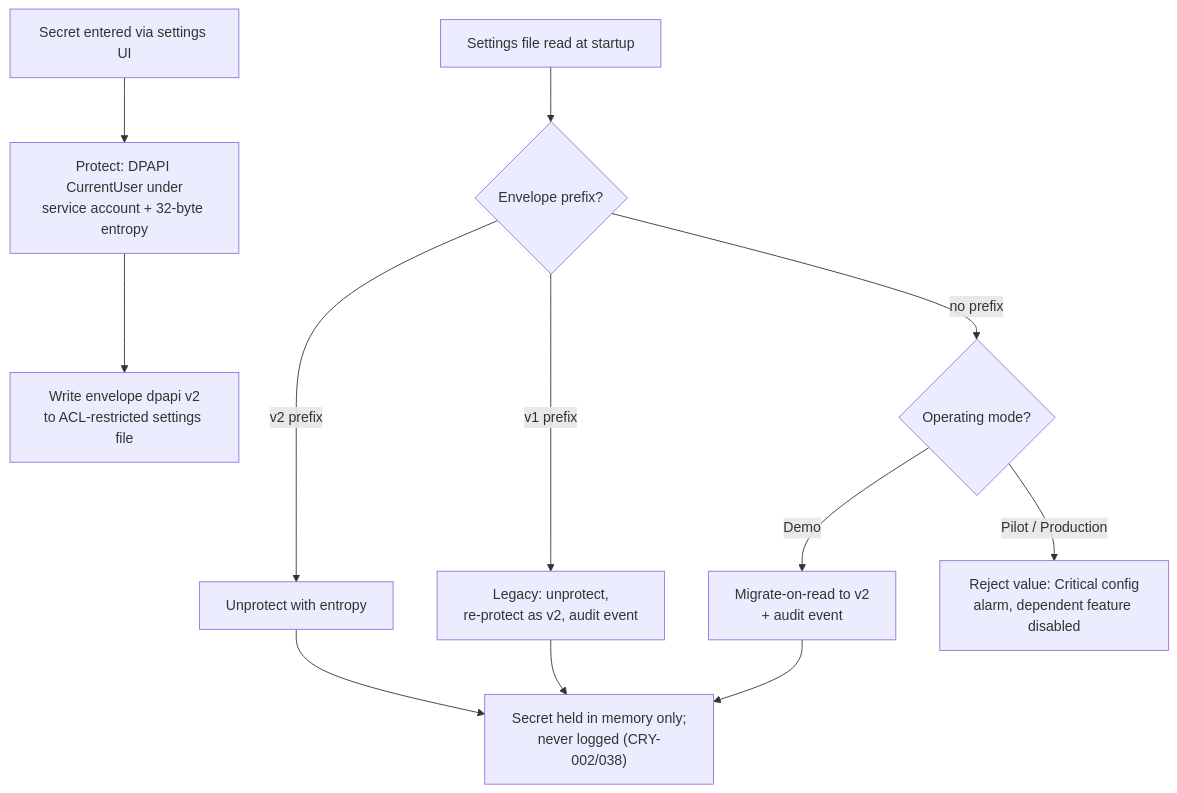
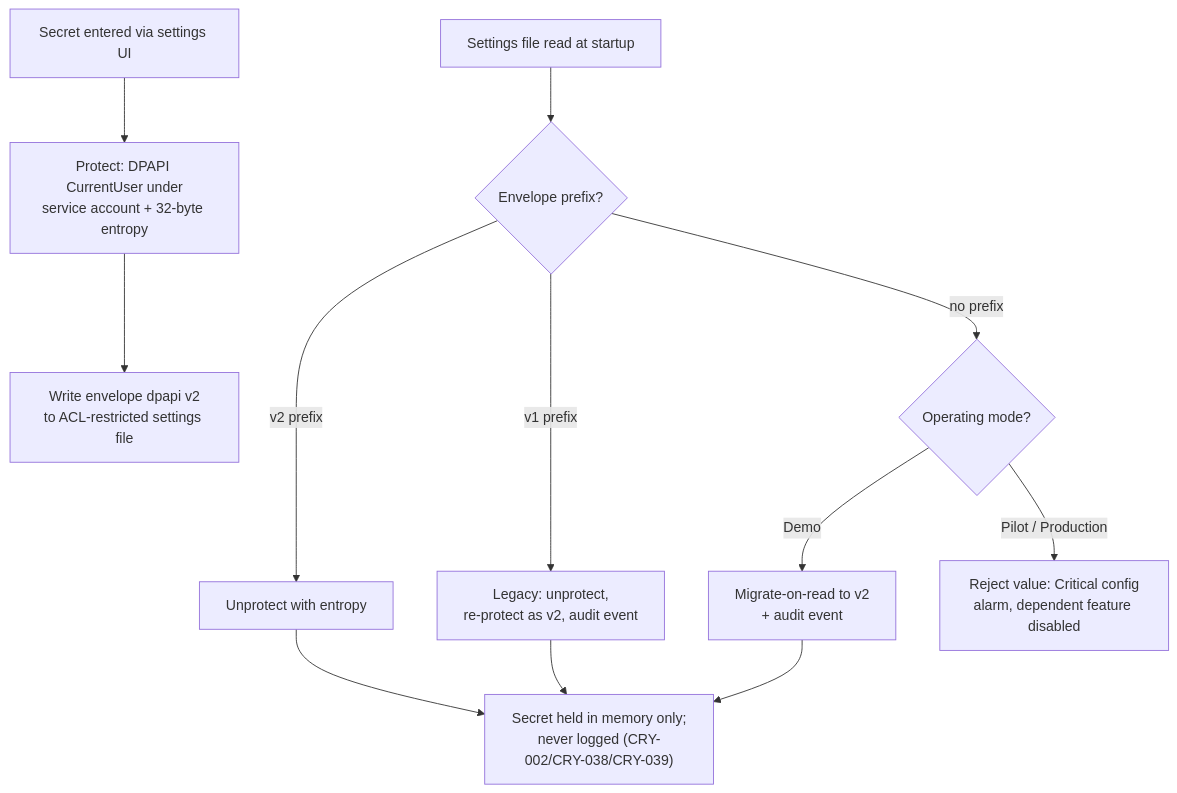
Before and after one commit to jdseo921/AOI_PCB_Database: the third of 3 diagrams in Docs/standard/VOL08_Input_Serialization_Crypto.md, drawn with Mermaid. The commit also changed other lines of this file and 20 other files, not shown here.

````diff
--- a/Docs/standard/VOL08_Input_Serialization_Crypto.md
+++ b/Docs/standard/VOL08_Input_Serialization_Crypto.md
@@ -762,14 +762,14 @@
 ```mermaid
 flowchart TD
     A["Secret entered via settings UI"] --> B["Protect: DPAPI CurrentUser under<br/>service account + 32-byte entropy"]
     B --> C["Write envelope dpapi v2<br/>to ACL-restricted settings file"]
     D["Settings file read at startup"] --> E{"Envelope prefix?"}
     E -- v2 prefix --> F["Unprotect with entropy"]
     E -- v1 prefix --> G["Legacy: unprotect,<br/>re-protect as v2, audit event"]
     E -- no prefix --> H{"Operating mode?"}
     H -- Demo --> I["Migrate-on-read to v2<br/>+ audit event"]
     H -- Pilot / Production --> R["Reject value: Critical config<br/>alarm, dependent feature disabled"]
-    F --> U["Secret held in memory only;<br/>never logged (CRY-002/038)"]
+    F --> U["Secret held in memory only;<br/>never logged (CRY-002/CRY-038/CRY-039)"]
     G --> U
     I --> U
 ```
````
